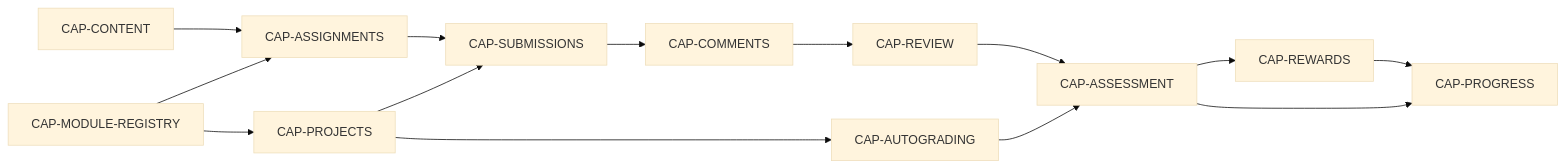
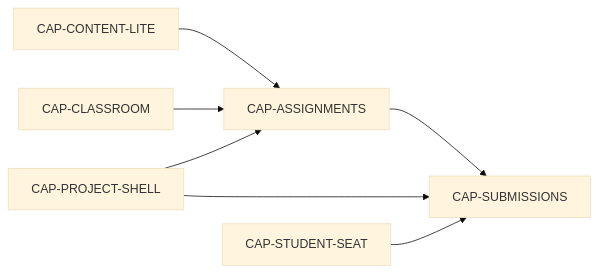
The ninth of 13 diagrams in docs/product/CAPABILITY_MAP.md (spikeal8-maker/asa-lab), drawn with Mermaid (base theme) before and after one commit. The commit also changed other lines of this file, not shown here.

````diff
--- a/docs/product/CAPABILITY_MAP.md
+++ b/docs/product/CAPABILITY_MAP.md
@@ -101,28 +203,16 @@
 ```mermaid
 flowchart LR
-    CONTENT[CAP-CONTENT]
-    MODULES[CAP-MODULE-REGISTRY]
+    CONTENT[CAP-CONTENT-LITE]
+    CLASS[CAP-CLASSROOM]
+    PROJECT[CAP-PROJECT-SHELL]
+    SEAT[CAP-STUDENT-SEAT]
     ASSIGN[CAP-ASSIGNMENTS]
-    PROJECTS[CAP-PROJECTS]
-    SUBMIT[CAP-SUBMISSIONS]
-    COMMENTS[CAP-COMMENTS]
-    REVIEW[CAP-REVIEW]
-    AUTO[CAP-AUTOGRADING]
-    ASSESS[CAP-ASSESSMENT]
-    REWARD[CAP-REWARDS]
-    PROGRESS[CAP-PROGRESS]
+    SUB[CAP-SUBMISSIONS]
 
     CONTENT --> ASSIGN
-    MODULES --> ASSIGN
-    MODULES --> PROJECTS
-    ASSIGN --> SUBMIT
-    PROJECTS --> SUBMIT
-    SUBMIT --> COMMENTS
-    COMMENTS --> REVIEW
-    PROJECTS --> AUTO
-    AUTO --> ASSESS
-    REVIEW --> ASSESS
-    ASSESS --> REWARD
-    ASSESS --> PROGRESS
-    REWARD --> PROGRESS
+    CLASS --> ASSIGN
+    PROJECT --> ASSIGN
+    ASSIGN --> SUB
+    PROJECT --> SUB
+    SEAT --> SUB
 ```
````
